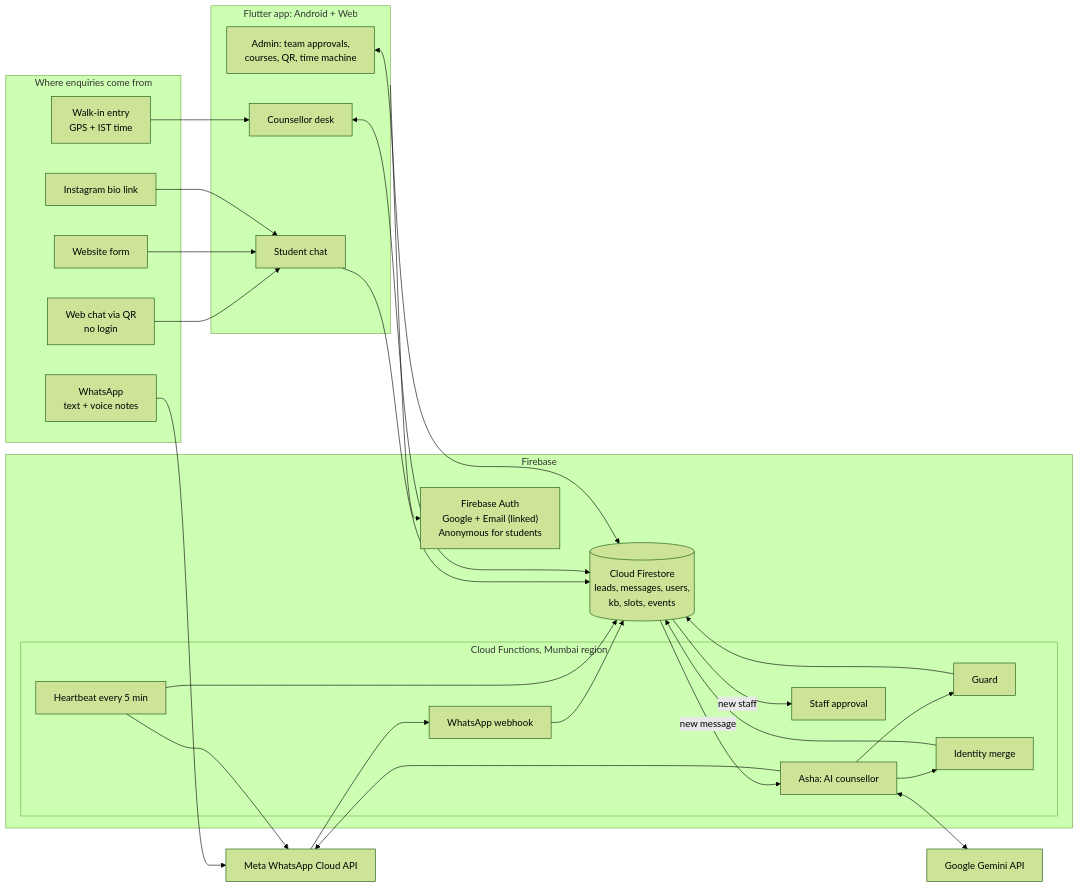
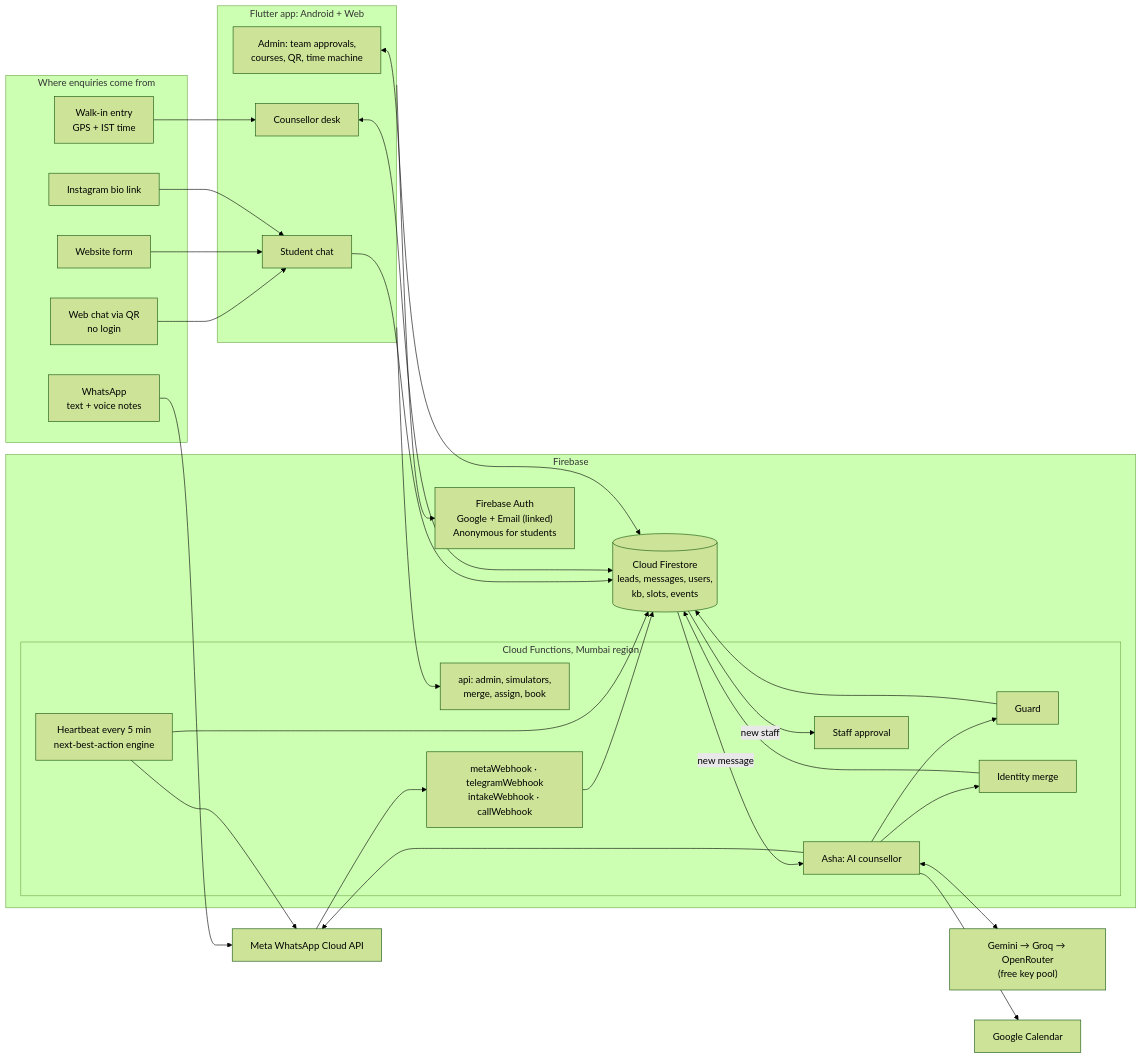
One commit to khurramrashidd/Lead_desk changed the first of 5 diagrams in docs/ARCHITECTURE.md. Above: the diagram before and after it, drawn with Mermaid (forest theme). The commit also changed other lines of this file and 65 other files, not shown here.

````diff
--- a/docs/ARCHITECTURE.md
+++ b/docs/ARCHITECTURE.md
@@ -19,50 +19,54 @@
 ```mermaid
 flowchart LR
   subgraph CH["Where enquiries come from"]
     WA["WhatsApp<br/>text + voice notes"]
     QR["Web chat via QR<br/>no login"]
     FORM["Website form"]
     IG["Instagram bio link"]
     WALK["Walk-in entry<br/>GPS + IST time"]
   end
 
   subgraph APP["Flutter app: Android + Web"]
     CHAT["Student chat"]
     DESK["Counsellor desk"]
     ADMIN["Admin: team approvals,<br/>courses, QR, time machine"]
   end
 
   subgraph FB["Firebase"]
     AUTH["Firebase Auth<br/>Google + Email (linked)<br/>Anonymous for students"]
     FS[("Cloud Firestore<br/>leads, messages, users,<br/>kb, slots, events")]
     subgraph CF["Cloud Functions, Mumbai region"]
       BRAIN["Asha: AI counsellor"]
       GUARD["Guard"]
       MERGE["Identity merge"]
-      HB["Heartbeat every 5 min"]
-      HOOK["WhatsApp webhook"]
+      HB["Heartbeat every 5 min<br/>next-best-action engine"]
+      API["api: admin, simulators,<br/>merge, assign, book"]
+      HOOK["metaWebhook · telegramWebhook<br/>intakeWebhook · callWebhook"]
       STAFF["Staff approval"]
     end
   end
 
-  GEM["Google Gemini API"]
+  GEM["Gemini → Groq → OpenRouter<br/>(free key pool)"]
+  CAL["Google Calendar"]
   META["Meta WhatsApp Cloud API"]
 
   QR --> CHAT
   FORM --> CHAT
   IG --> CHAT
   WALK --> DESK
   WA --> META --> HOOK --> FS
   CHAT --> FS
   DESK <--> FS
   ADMIN <--> FS
   APP --> AUTH
   FS -- "new message" --> BRAIN
   BRAIN <--> GEM
   BRAIN --> GUARD --> FS
   BRAIN --> MERGE --> FS
   HB --> FS
   HB --> META
+  BRAIN --> CAL
+  APP --> API
   BRAIN --> META
   FS -- "new staff" --> STAFF
 ```
````
